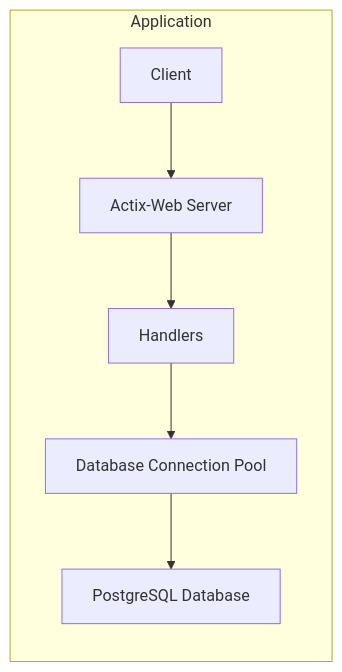
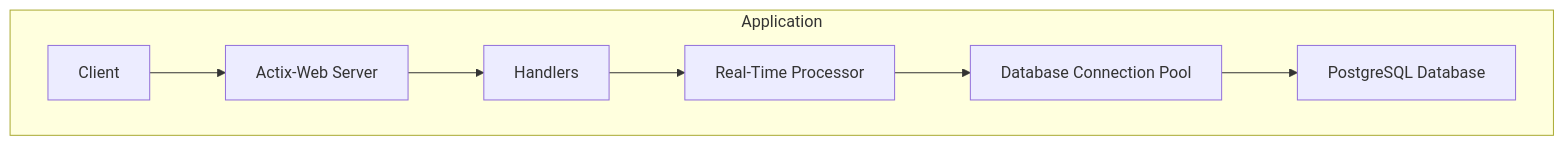
The first of 3 diagrams in documentation/25102024.md (JtPerez-Acle/rust_market), drawn with Mermaid before and after one commit. The commit also changed other lines of this file, not shown here.

````diff
--- a/documentation/25102024.md
+++ b/documentation/25102024.md
@@ -80,10 +100,10 @@
 ```mermaid
 flowchart TD
-subgraph Application
-direction TB
-A[Client] --> B[Actix-Web Server]
-B --> C[Handlers]
-C --> D[Database Connection Pool]
-D --> E[PostgreSQL Database]
-end
+    subgraph Application
+        A[Client] --> B[Actix-Web Server]
+        B --> C[Handlers]
+        C --> D[Real-Time Processor]
+        D --> E[Database Connection Pool]
+        E --> F[PostgreSQL Database]
+    end
 ```
````
